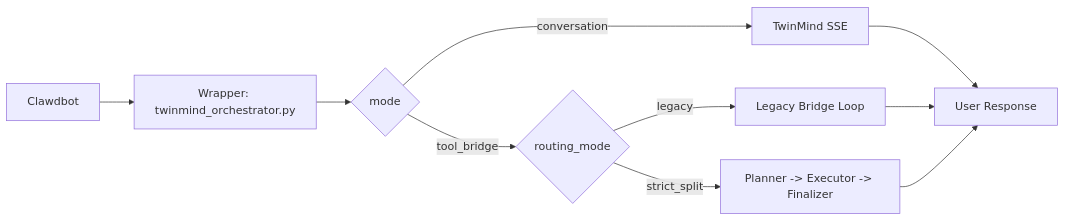
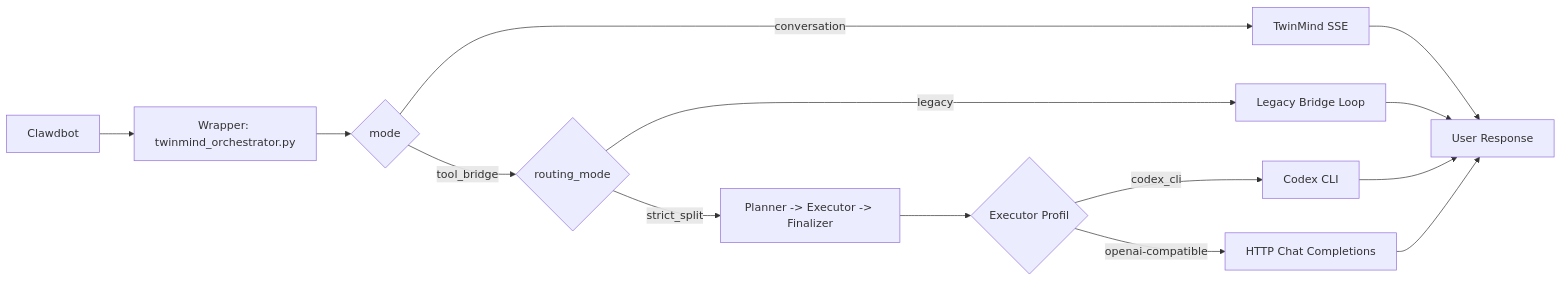
One commit to Gaiser147/clawdbot-twinmind-split-kit changed the first of 2 diagrams in README.md. Above: the diagram before and after it, drawn with Mermaid. The commit also changed other lines of this file and 9 other files, not shown here.

````diff
--- a/README.md
+++ b/README.md
@@ -84,12 +85,16 @@
 ```mermaid
 flowchart LR
     A[Clawdbot] --> B[Wrapper: twinmind_orchestrator.py]
     B --> C{mode}
     C -->|conversation| D[TwinMind SSE]
     C -->|tool_bridge| E{routing_mode}
     E -->|legacy| F[Legacy Bridge Loop]
     E -->|strict_split| G[Planner -> Executor -> Finalizer]
-    D --> H[User Response]
-    F --> H
-    G --> H
+    G --> H{Executor Profil}
+    H -->|codex_cli| I[Codex CLI]
+    H -->|openai-compatible| J[HTTP Chat Completions]
+    D --> K[User Response]
+    F --> K
+    I --> K
+    J --> K
 ```
````
